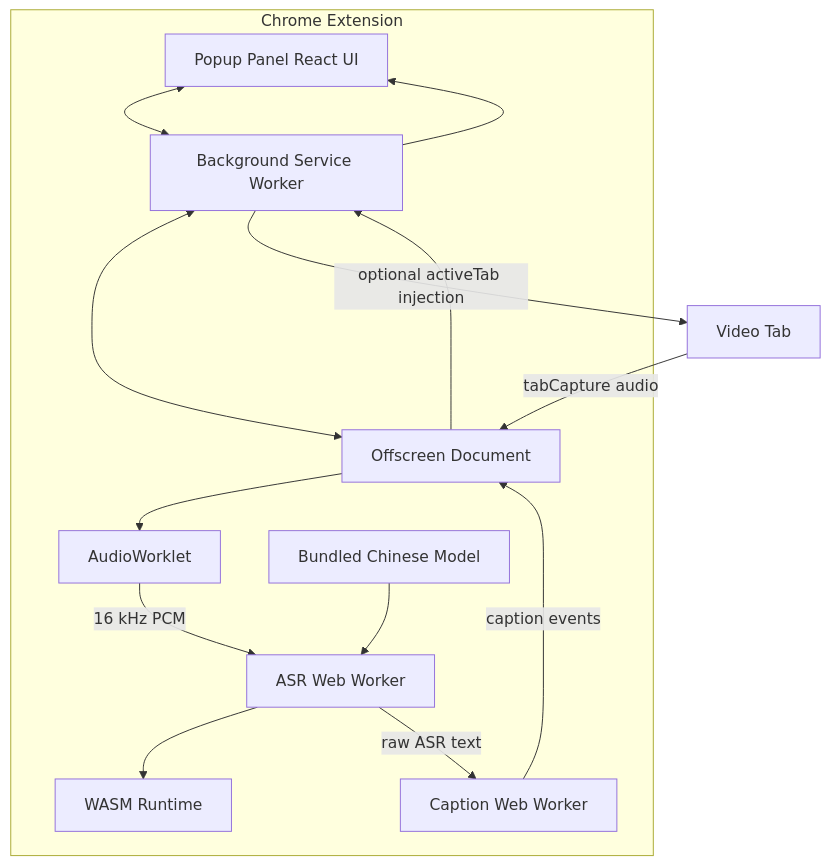
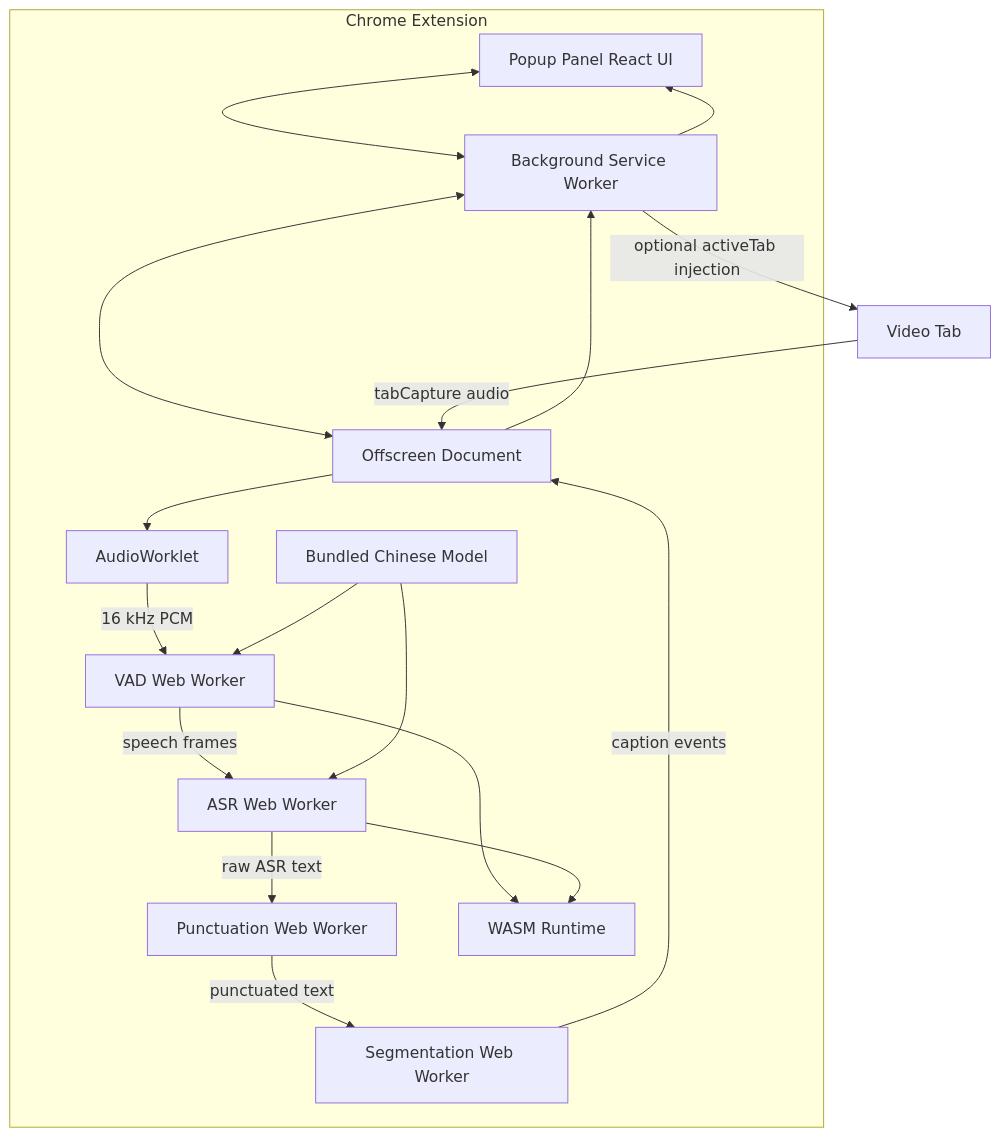
One commit to yao-Hub/video-subtitle-extension changed the diagram in docs/automatic-audio-translation-subtitles.md. Above: the diagram before and after it, drawn with Mermaid. The commit also changed other lines of this file and 21 other files, not shown here.

````diff
--- a/docs/automatic-audio-translation-subtitles.md
+++ b/docs/automatic-audio-translation-subtitles.md
@@ -158,28 +159,34 @@
 ```mermaid
 flowchart TB
     subgraph Extension[Chrome Extension]
         UI[Popup Panel React UI]
         BG[Background Service Worker]
         OFF[Offscreen Document]
         WORKLET[AudioWorklet]
+        VADW[VAD Web Worker]
         ASRW[ASR Web Worker]
-        CAPW[Caption Web Worker]
+        PUNCW[Punctuation Web Worker]
+        SEGW[Segmentation Web Worker]
         WASM[WASM Runtime]
         MODEL[Bundled Chinese Model]
 
         UI <--> BG
         BG <--> OFF
         OFF --> WORKLET
-        WORKLET -->|16 kHz PCM| ASRW
+        WORKLET -->|16 kHz PCM| VADW
+        VADW -->|speech frames| ASRW
+        VADW --> WASM
         ASRW --> WASM
+        MODEL --> VADW
         MODEL --> ASRW
-        ASRW -->|raw ASR text| CAPW
-        CAPW -->|caption events| OFF
+        ASRW -->|raw ASR text| PUNCW
+        PUNCW -->|punctuated text| SEGW
+        SEGW -->|caption events| OFF
         OFF --> BG
         BG --> UI
     end
 
     PAGE[Video Tab]
     PAGE -->|tabCapture audio| OFF
     BG -->|optional activeTab injection| PAGE
 ```
````
